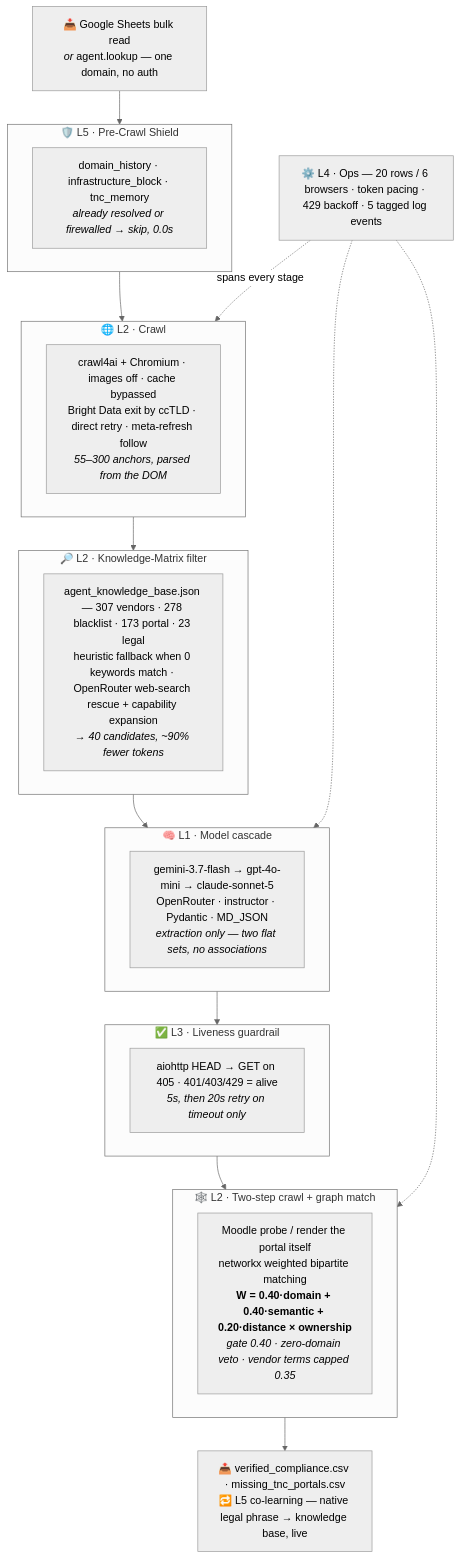
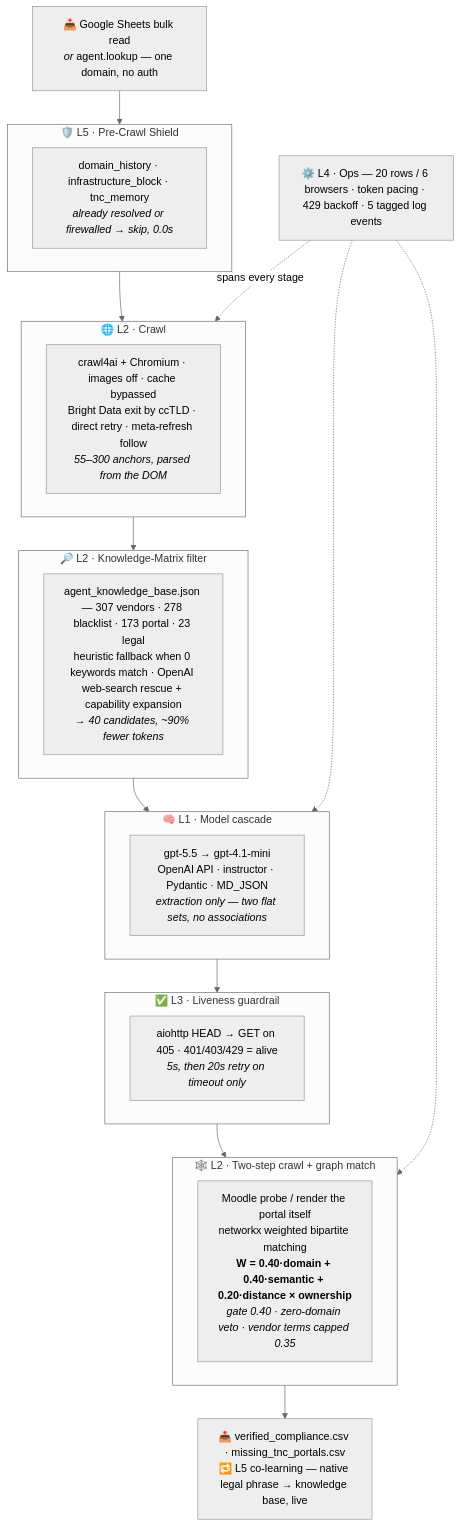
Before and after one commit to reclaimprotocol/reclaim-portal-agent: the diagram in README.md, drawn with Mermaid (neutral theme). The commit also changed other lines of this file and 4 other files, not shown here.

Commit message:
feat: use direct OpenAI API for GenieV3

````diff
--- a/README.md
+++ b/README.md
@@ -171,41 +171,41 @@
 ```mermaid
 flowchart TD
     IN["📥 Google Sheets bulk read<br/><i>or</i> agent.lookup — one domain, no auth"]
 
     IN --> L5A
     subgraph L5A["🛡️ L5 · Pre-Crawl Shield"]
       SH["domain_history · infrastructure_block · tnc_memory<br/><i>already resolved or firewalled → skip, 0.0s</i>"]
     end
 
     L5A --> L2A
     subgraph L2A["🌐 L2 · Crawl"]
       CR["crawl4ai + Chromium · images off · cache bypassed<br/>Bright Data exit by ccTLD · direct retry · meta-refresh follow<br/><i>55–300 anchors, parsed from the DOM</i>"]
     end
 
     L2A --> L2B
     subgraph L2B["🔎 L2 · Knowledge-Matrix filter"]
-      FI["agent_knowledge_base.json — 307 vendors · 278 blacklist · 173 portal · 23 legal<br/>heuristic fallback when 0 keywords match · OpenRouter web-search rescue + capability expansion<br/><i>→ 40 candidates, ~90% fewer tokens</i>"]
+      FI["agent_knowledge_base.json — 307 vendors · 278 blacklist · 173 portal · 23 legal<br/>heuristic fallback when 0 keywords match · OpenAI web-search rescue + capability expansion<br/><i>→ 40 candidates, ~90% fewer tokens</i>"]
     end
 
     L2B --> L1
     subgraph L1["🧠 L1 · Model cascade"]
-      MO["gemini-3.7-flash → gpt-4o-mini → claude-sonnet-5<br/>OpenRouter · instructor · Pydantic · MD_JSON<br/><i>extraction only — two flat sets, no associations</i>"]
+      MO["gpt-5.5 → gpt-4.1-mini<br/>OpenAI API · instructor · Pydantic · MD_JSON<br/><i>extraction only — two flat sets, no associations</i>"]
     end
 
     L1 --> L3
     subgraph L3["✅ L3 · Liveness guardrail"]
       GU["aiohttp HEAD → GET on 405 · 401/403/429 = alive<br/><i>5s, then 20s retry on timeout only</i>"]
     end
 
     L3 --> L2C
     subgraph L2C["🕸️ L2 · Two-step crawl + graph match"]
       GM["Moodle probe / render the portal itself<br/>networkx weighted bipartite matching<br/><b>W = 0.40·domain + 0.40·semantic + 0.20·distance × ownership</b><br/><i>gate 0.40 · zero-domain veto · vendor terms capped 0.35</i>"]
     end
 
     L2C --> OUT["📤 verified_compliance.csv · missing_tnc_portals.csv<br/>🔁 L5 co-learning — native legal phrase → knowledge base, live"]
 
     L4["⚙️ L4 · Ops — 20 rows / 6 browsers · token pacing · 429 backoff · 5 tagged log events"]
     L4 -.spans every stage.-> L2A
     L4 -.-> L1
     L4 -.-> L2C
 ```
````
